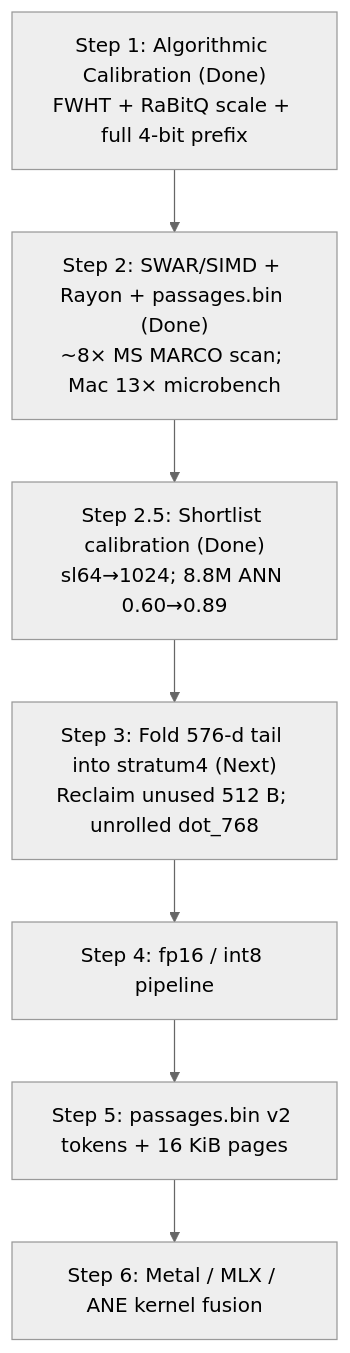
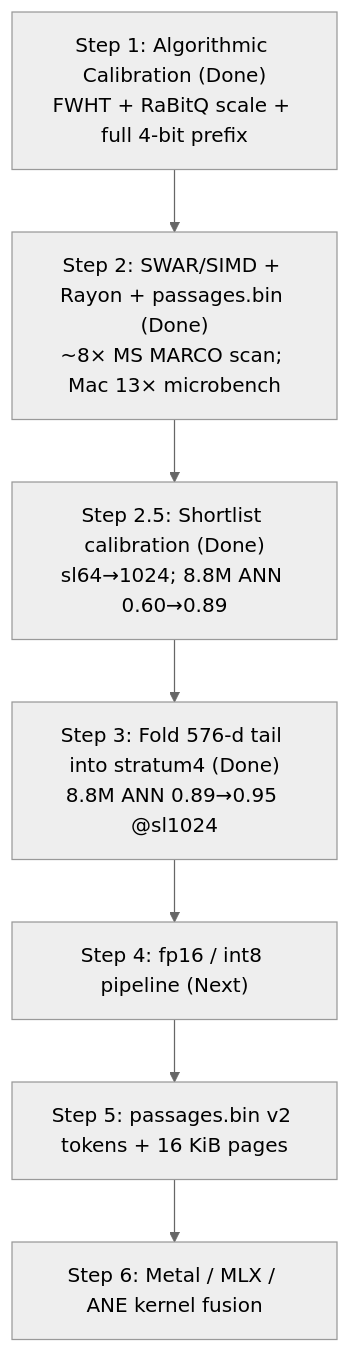
One commit to tcondello/mrl-index-rust-vector changed the diagram in docs/OPTIMIZATION_AND_FUSION_ROADMAP.md. Above: the diagram before and after it, drawn with Mermaid (neutral theme). The commit also changed other lines of this file and 5 other files, not shown here.

First line of the commit message:
Record Step 3 MS MARCO results and mark roadmap complete

````diff
--- a/docs/OPTIMIZATION_AND_FUSION_ROADMAP.md
+++ b/docs/OPTIMIZATION_AND_FUSION_ROADMAP.md
@@ -27,12 +27,12 @@
 ```mermaid
 flowchart TD
     S1["Step 1: Algorithmic Calibration (Done)\nFWHT + RaBitQ scale + full 4-bit prefix"]
     S2["Step 2: SWAR/SIMD + Rayon + passages.bin (Done)\n~8× MS MARCO scan; Mac 13× microbench"]
     S25["Step 2.5: Shortlist calibration (Done)\nsl64→1024; 8.8M ANN 0.60→0.89"]
-    S3["Step 3: Fold 576-d tail into stratum4 (Next)\nReclaim unused 512 B; unrolled dot_768"]
-    S4["Step 4: fp16 / int8 pipeline"]
+    S3["Step 3: Fold 576-d tail into stratum4 (Done)\n8.8M ANN 0.89→0.95 @sl1024"]
+    S4["Step 4: fp16 / int8 pipeline (Next)"]
     S5["Step 5: passages.bin v2 tokens + 16 KiB pages"]
     S6["Step 6: Metal / MLX / ANE kernel fusion"]
 
     S1 --> S2 --> S25 --> S3 --> S4 --> S5 --> S6
 ```
````
